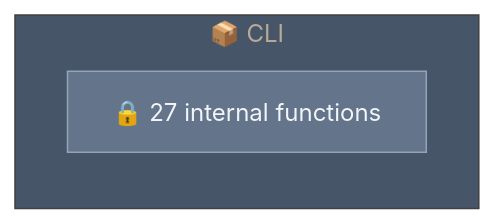
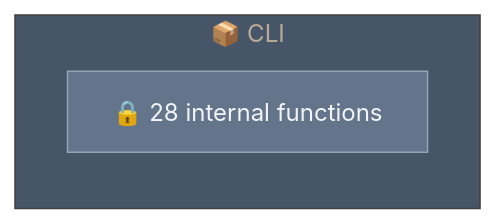
The diagram in .mikk/diagrams/capsules/packages-cli.mmd (Ansh-dhanani/mikk), drawn with Mermaid before and after one commit. The commit also changed 93 other files, not shown here.

Commit message:
feat: Introduce core parsing, contract, CLI, watcher, MCP server, AI context, intent engine, diagram generation, and web app components.

```diff
--- a/.mikk/diagrams/capsules/packages-cli.mmd
+++ b/.mikk/diagrams/capsules/packages-cli.mmd
@@ -1,12 +1,12 @@
 %%{init: {"theme": "base", "themeVariables": {"primaryColor": "#1e293b", "primaryTextColor": "#e2e8f0", "lineColor": "#64748b", "secondaryColor": "#334155", "tertiaryColor": "#475569", "background": "#0f172a", "mainBkg": "#1e293b", "nodeBorder": "#475569"}}}%%
 graph LR
 
     subgraph packages_cli["📦 CLI"]
         direction TB
-        internal["🔒 27 internal functions"]
+        internal["🔒 28 internal functions"]
     end
 
 
     classDef publicApi fill:#22c55e,stroke:#4ade80,color:#f0fdf4
     classDef internalApi fill:#64748b,stroke:#94a3b8,color:#f1f5f9
     class internal internalApi
```
